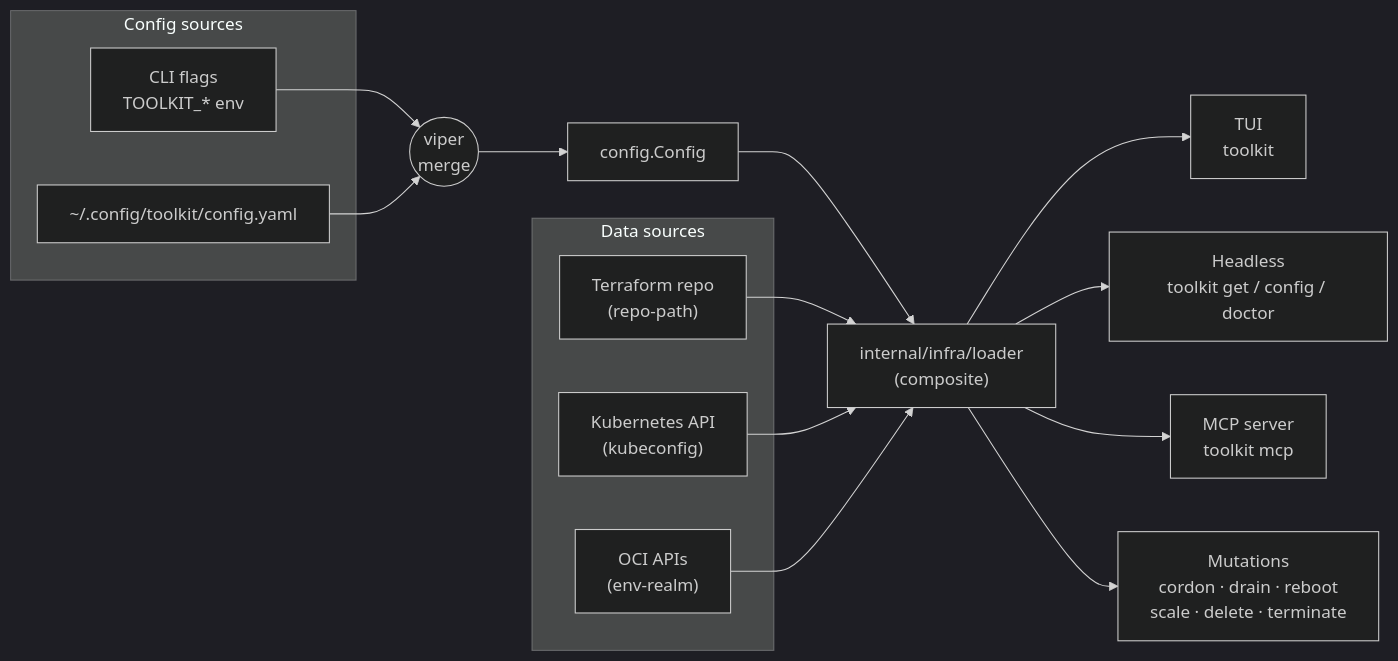
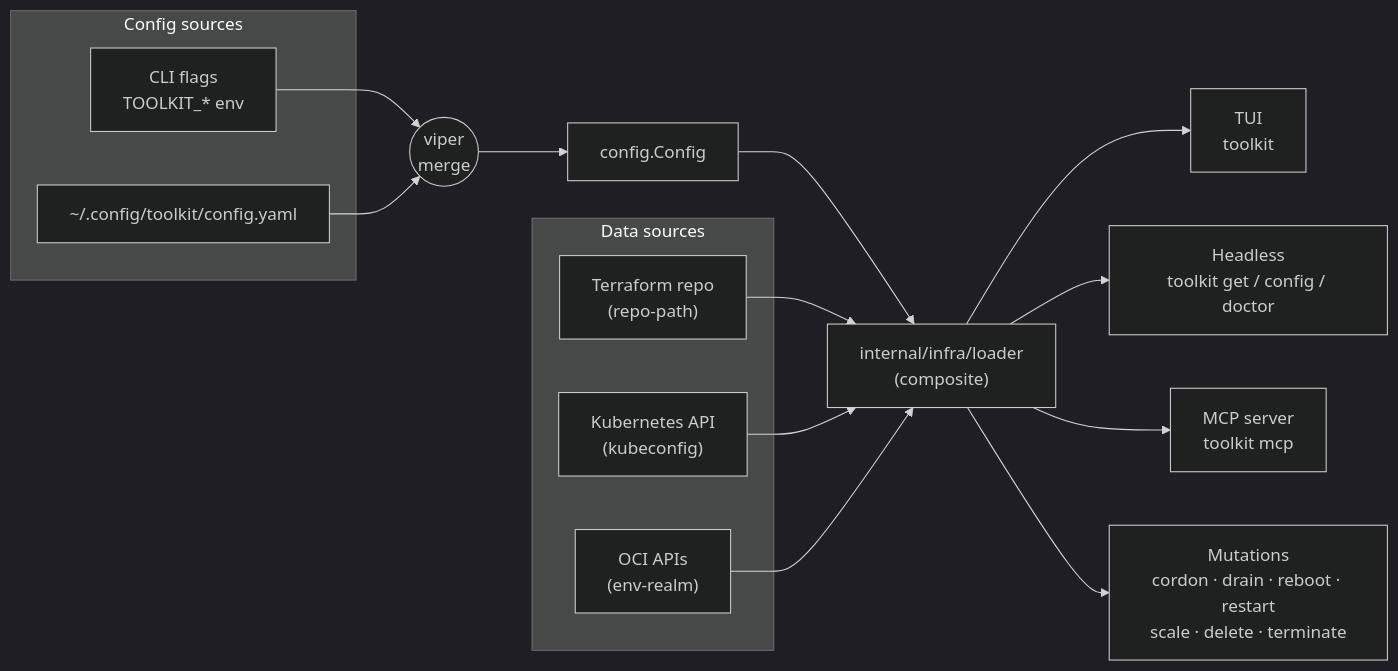
The diagram in README.md (jingle2008/toolkit), drawn with Mermaid (dark theme) before and after one commit. The commit also changed other lines of this file and 16 other files, not shown here.

````diff
--- a/README.md
+++ b/README.md
@@ -31,27 +31,27 @@
 ```mermaid
 flowchart LR
     subgraph CFG ["Config sources"]
         flags["CLI flags<br/>TOOLKIT_* env"]
         file["~/.config/toolkit/config.yaml"]
     end
     flags --> viper((viper<br/>merge))
     file --> viper
     viper --> Cfg["config.Config"]
 
     subgraph SRC ["Data sources"]
         tf["Terraform repo<br/>(repo-path)"]
         k8s["Kubernetes API<br/>(kubeconfig)"]
         oci["OCI APIs<br/>(env-realm)"]
     end
 
     Cfg --> Loader
     tf --> Loader
     k8s --> Loader
     oci --> Loader
     Loader["internal/infra/loader<br/>(composite)"]
 
     Loader --> TUI["TUI<br/>toolkit"]
     Loader --> Get["Headless<br/>toolkit get / config / doctor"]
     Loader --> MCP["MCP server<br/>toolkit mcp"]
-    Loader --> Mut["Mutations<br/>cordon · drain · reboot<br/>scale · delete · terminate"]
+    Loader --> Mut["Mutations<br/>cordon · drain · reboot · restart<br/>scale · delete · terminate"]
 ```
````
